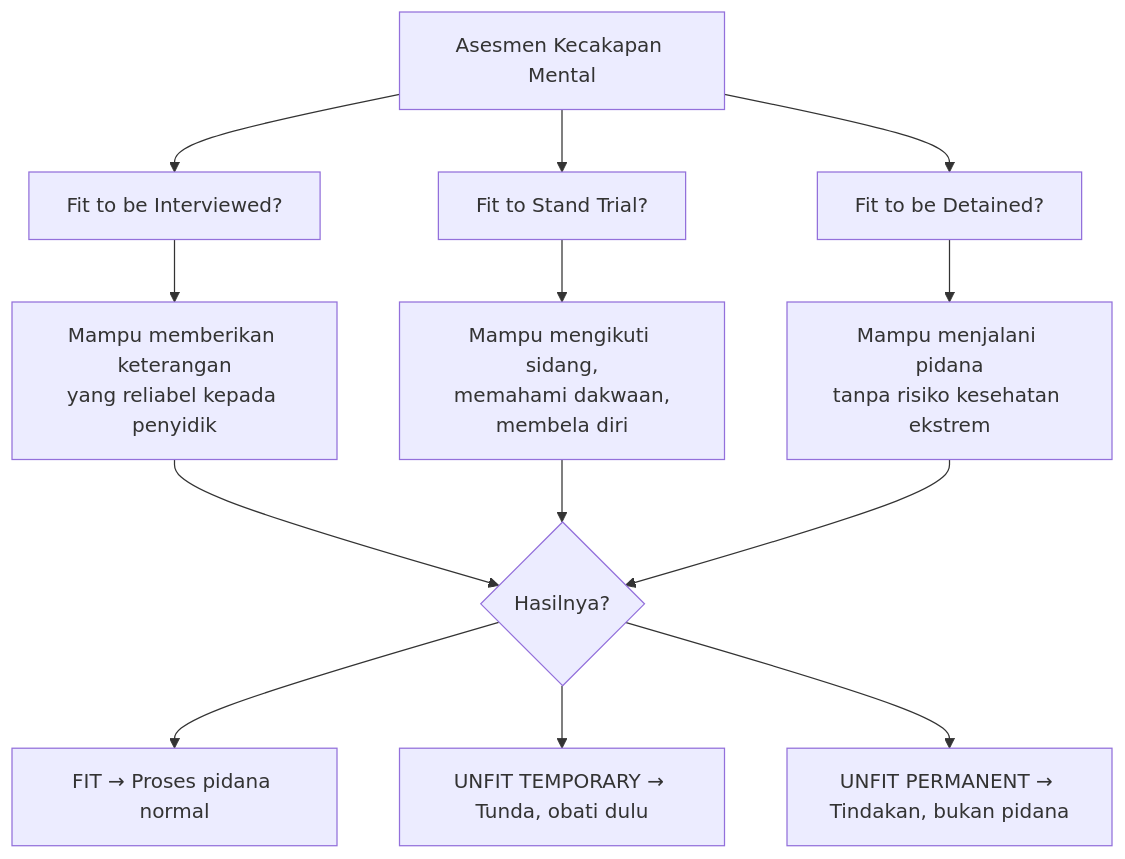
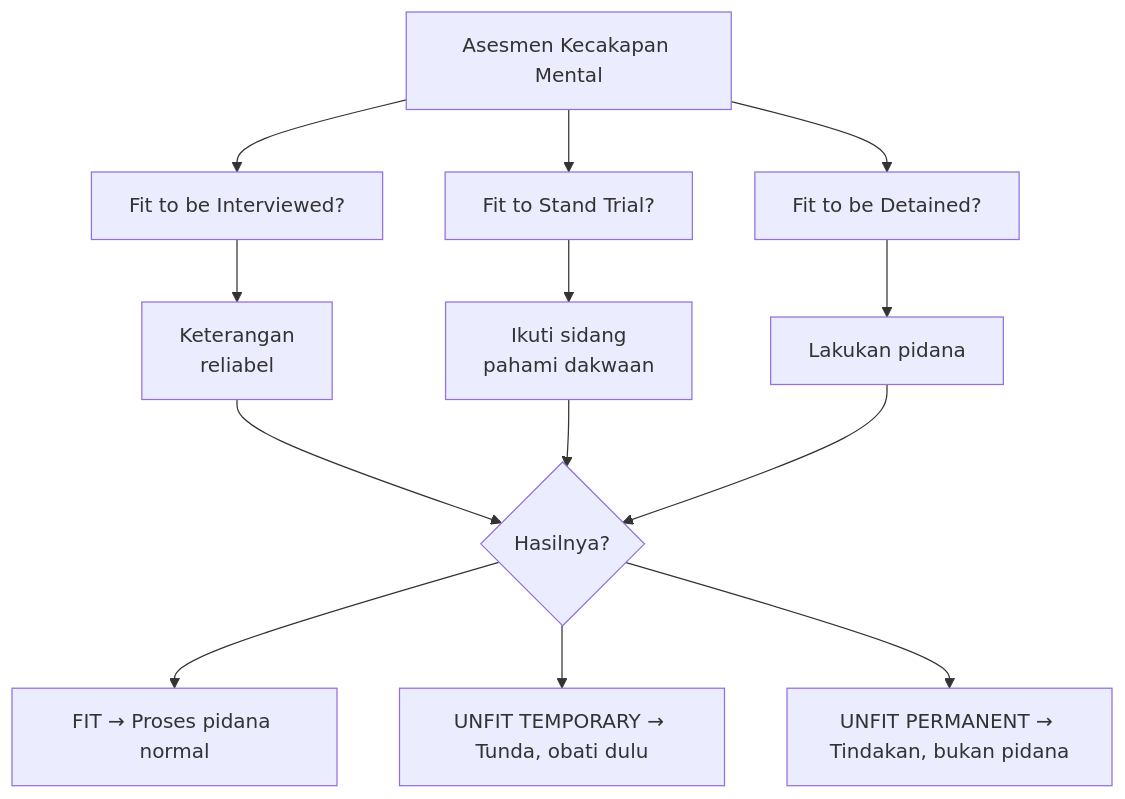
Before and after one commit to hifdzimaulana/beate-vivere: the second of 5 diagrams in content/Lectures/psikiatri-forensik.md, drawn with Mermaid. The commit also changed other lines of this file and 1 other file, not shown here.

Commit message:
Fix dark mode callouts and mermaid diagrams

````diff
--- a/content/Lectures/psikiatri-forensik.md
+++ b/content/Lectures/psikiatri-forensik.md
@@ -117,15 +113,15 @@
 ```mermaid
 flowchart TD
     A[Asesmen Kecakapan Mental] --> B[Fit to be Interviewed?]
     A --> C[Fit to Stand Trial?]
     A --> D[Fit to be Detained?]
 
-    B --> B1["Mampu memberikan keterangan\nyang reliabel kepada penyidik"]
-    C --> C1["Mampu mengikuti sidang,\nmemahami dakwaan,\nmembela diri"]
-    D --> D1["Mampu menjalani pidana\ntanpa risiko kesehatan ekstrem"]
+    B --> B1["Keterangan<br/>reliabel"]
+    C --> C1["Ikuti sidang<br/>pahami dakwaan"]
+    D --> D1["Lakukan pidana"]
 
     B1 & C1 & D1 --> E{Hasilnya?}
     E --> F["FIT → Proses pidana normal"]
     E --> G["UNFIT TEMPORARY → Tunda, obati dulu"]
     E --> H["UNFIT PERMANENT → Tindakan, bukan pidana"]
 ```
````
